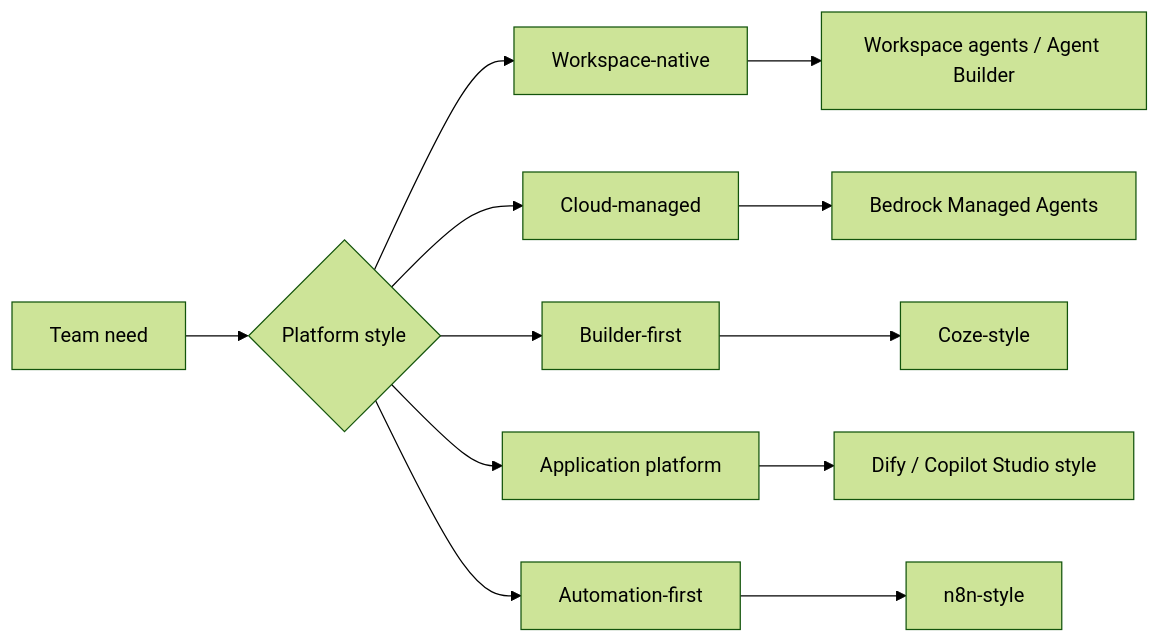
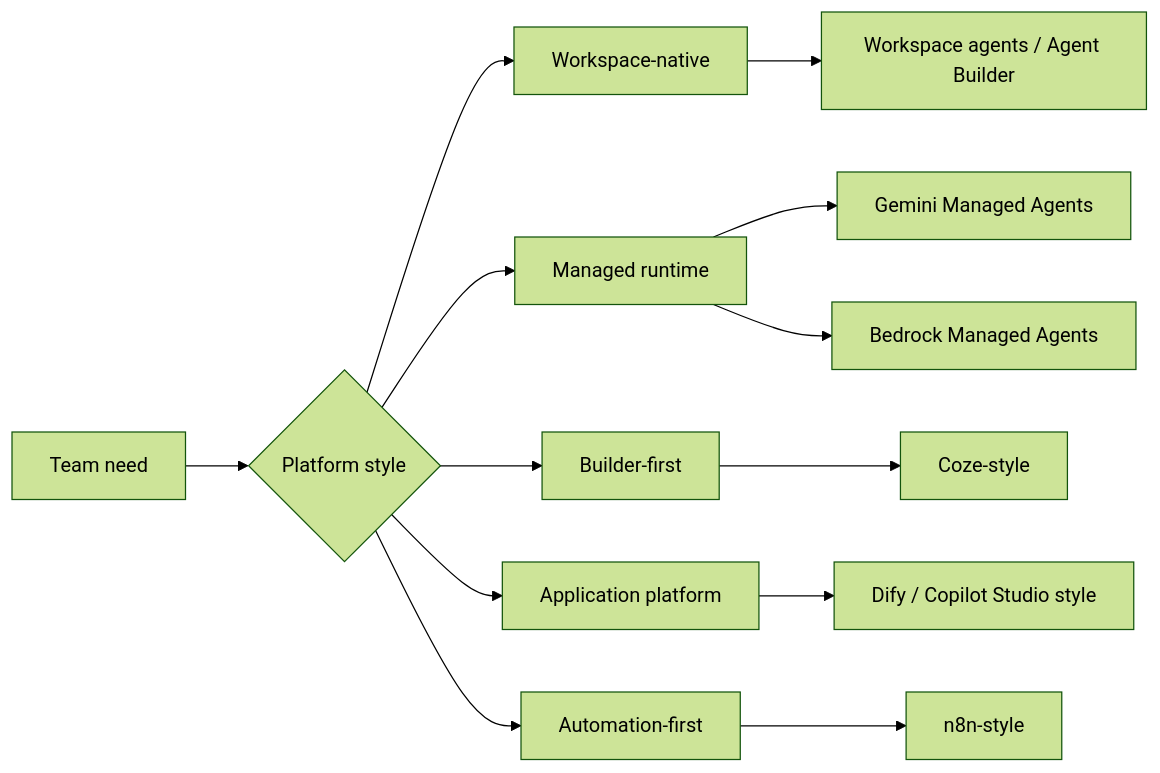
One commit to Prompthon-IO/agent-systems-handbook changed the diagram in ecosystem/agent-platforms-and-low-code-builders.mdx. Above: the diagram before and after it, drawn with Mermaid (forest theme). The commit also changed other lines of this file and 1 other file, not shown here.

First line of the commit message:
[generalkim00] Refresh platform comparison for Gemini Interactions API (#192)

````diff
--- a/ecosystem/agent-platforms-and-low-code-builders.mdx
+++ b/ecosystem/agent-platforms-and-low-code-builders.mdx
@@ -75,14 +85,15 @@
 ```mermaid
 flowchart LR
   Need["Team need"] --> Choice{"Platform style"}
   Choice --> Workspace["Workspace-native"]
-  Choice --> Managed["Cloud-managed"]
+  Choice --> Managed["Managed runtime"]
   Choice --> Builder["Builder-first"]
   Choice --> App["Application platform"]
   Choice --> Automation["Automation-first"]
   Workspace --> OpenAI["Workspace agents / Agent Builder"]
+  Managed --> Gemini["Gemini Managed Agents"]
   Managed --> Bedrock["Bedrock Managed Agents"]
   Builder --> Coze["Coze-style"]
   App --> Dify["Dify / Copilot Studio style"]
   Automation --> N8N["n8n-style"]
 ```
````
